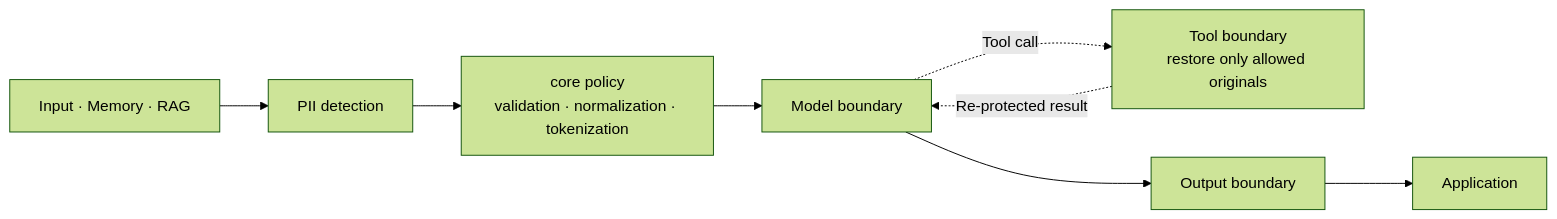
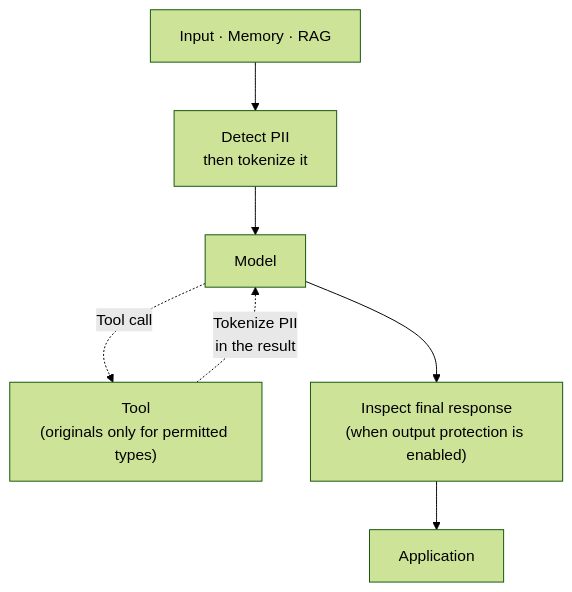
The diagram in README.md (ultramancode/spring-ai-privacy-guardrails), drawn with Mermaid (forest theme) before and after one commit. The commit also changed other lines of this file and 61 other files, not shown here.

````diff
--- a/README.md
+++ b/README.md
@@ -47,10 +52,9 @@
 ```mermaid
-flowchart LR
-    A["Input · Memory · RAG"] --> B["PII detection"]
-    B --> C["core policy<br/>validation · normalization · tokenization"]
-    C --> D["Model boundary"]
-    D -. "Tool call" .-> E["Tool boundary<br/>restore only allowed originals"]
-    E -. "Re-protected result" .-> D
-    D --> F["Output boundary"]
-    F --> G["Application"]
+flowchart TD
+    A["Input · Memory · RAG"] --> B["Detect PII<br/>then tokenize it"]
+    B --> C["Model"]
+    C -. "Tool call" .-> D["Tool<br/>(originals only for permitted types)"]
+    D -. "Tokenize PII<br/>in the result" .-> C
+    C --> E["Inspect final response<br/>(when output protection is enabled)"]
+    E --> F["Application"]
 ```
````
